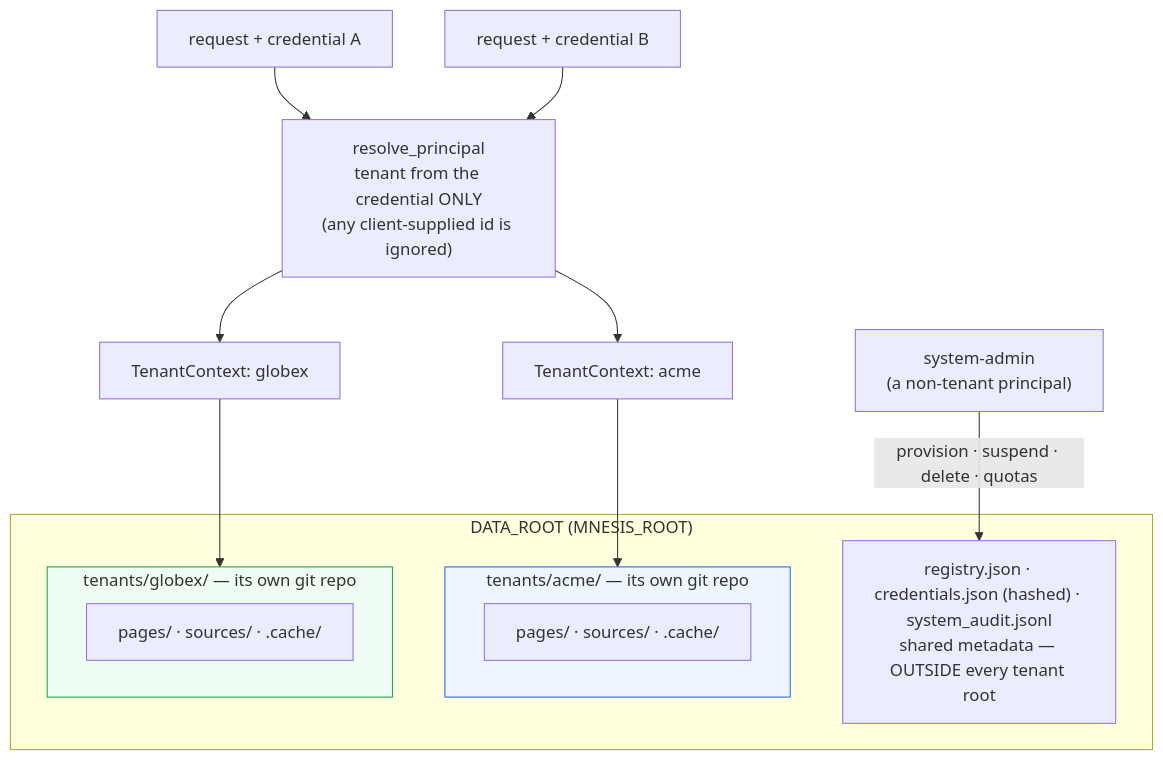
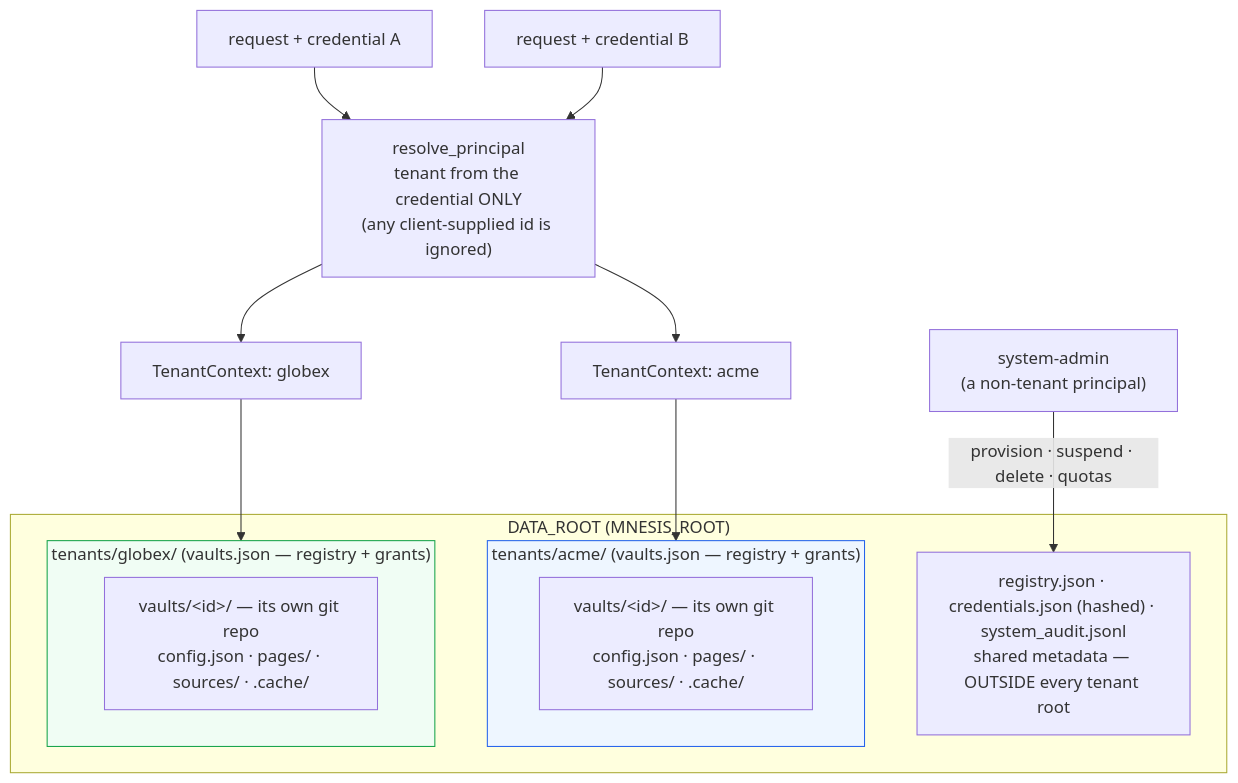
Before and after one commit to djsecilla/mnesis: the fourth of 4 diagrams in README.md, drawn with Mermaid. The commit also changed other lines of this file and 1 other file, not shown here.

First line of the commit message:
docs: bring README up to date with vaults; reconcile README↔CLAUDE

````diff
--- a/README.md
+++ b/README.md
@@ -847,23 +863,23 @@
 ```mermaid
 flowchart TB
     CA["request + credential A"] --> RES["resolve_principal<br/>tenant from the credential ONLY<br/>(any client-supplied id is ignored)"]
     CB["request + credential B"] --> RES
     RES --> CTXA["TenantContext: acme"]
     RES --> CTXB["TenantContext: globex"]
     CTXA --> TA
     CTXB --> TB
 
     subgraph DR["DATA_ROOT (MNESIS_ROOT)"]
         META["registry.json · credentials.json (hashed) · system_audit.jsonl<br/>shared metadata — OUTSIDE every tenant root"]
-        subgraph TA["tenants/acme/ — its own git repo"]
-            TA1["pages/ · sources/ · .cache/"]
+        subgraph TA["tenants/acme/ (vaults.json — registry + grants)"]
+            TA1["vaults/&lt;id&gt;/ — its own git repo<br/>config.json · pages/ · sources/ · .cache/"]
         end
-        subgraph TB["tenants/globex/ — its own git repo"]
-            TB1["pages/ · sources/ · .cache/"]
+        subgraph TB["tenants/globex/ (vaults.json — registry + grants)"]
+            TB1["vaults/&lt;id&gt;/ — its own git repo<br/>config.json · pages/ · sources/ · .cache/"]
         end
     end
 
     ADMIN["system-admin<br/>(a non-tenant principal)"] -->|"provision · suspend · delete · quotas"| META
     style TA fill:#eef6ff,stroke:#2563eb
     style TB fill:#f0fdf4,stroke:#16a34a
 ```
````
